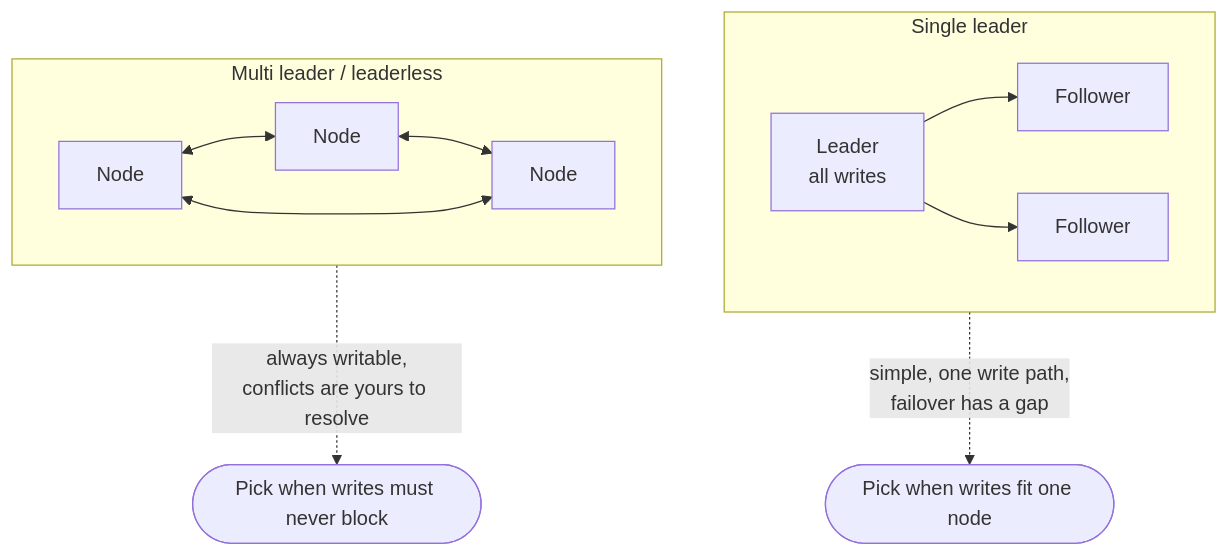
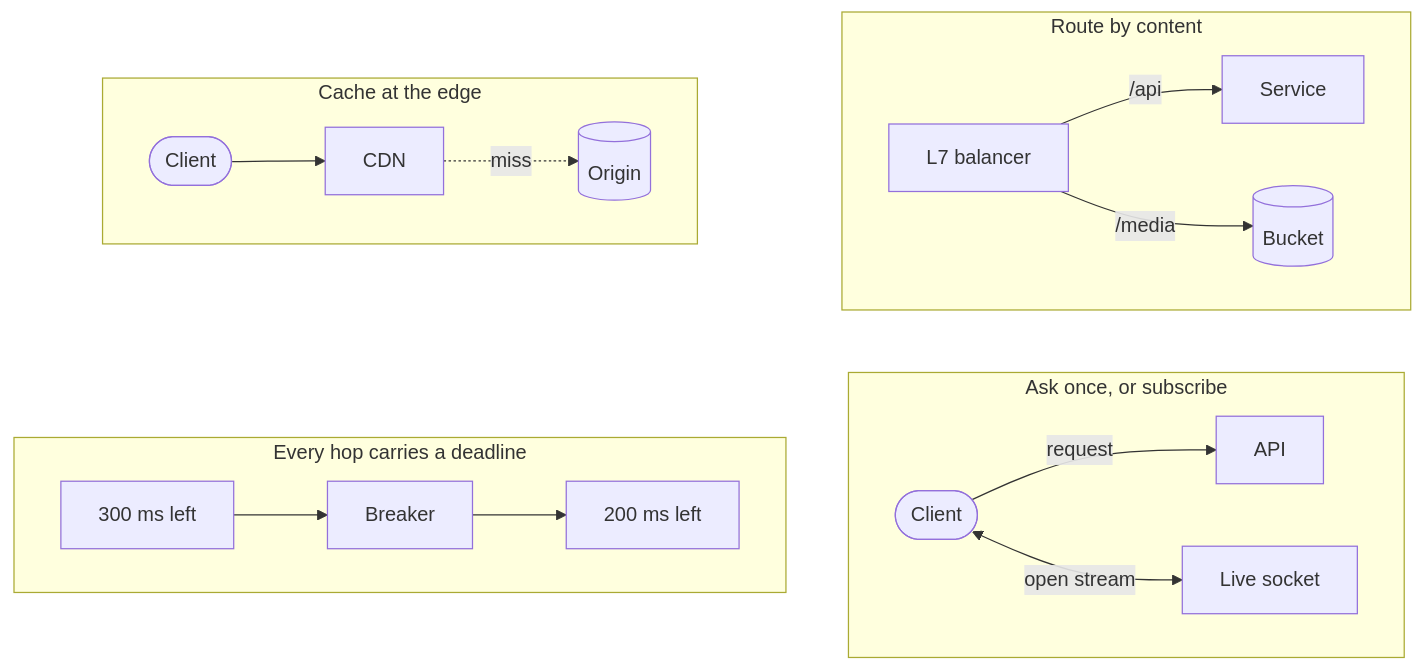
Before and after one commit to Laticent/lattice: the ninth of 19 diagrams in examples/system-design-foundations.md, drawn with Mermaid. The commit also changed other lines of this file and 2 other files, not shown here.

````diff
--- a/examples/system-design-foundations.md
+++ b/examples/system-design-foundations.md
@@ -1147,16 +1267,23 @@
 ```mermaid
 flowchart TB
-  subgraph sl["Single leader"]
+  subgraph b["Route by content"]
     direction LR
-    L1["Leader<br/>all writes"] --> F1["Follower"]
-    L1 --> F2["Follower"]
+    B1["L7 balancer"] -->|"/api"| B2["Service"]
+    B1 -->|"/media"| B3[("Bucket")]
   end
-  subgraph ml["Multi leader / leaderless"]
+  subgraph a["Cache at the edge"]
     direction LR
-    M1["Node"] <--> M2["Node"]
-    M2 <--> M3["Node"]
-    M1 <--> M3
+    A1(["Client"]) --> A2["CDN"] -.->|"miss"| A3[("Origin")]
   end
-  sl -.->|"simple, one write path,<br/>failover has a gap"| OUT1(["Pick when writes fit one node"])
-  ml -.->|"always writable,<br/>conflicts are yours to resolve"| OUT2(["Pick when writes must never block"])
+  subgraph d["Ask once, or subscribe"]
+    direction LR
+    D1(["Client"]) -->|"request"| D2["API"]
+    D1 <-->|"open stream"| D3["Live socket"]
+  end
+  subgraph c["Every hop carries a deadline"]
+    direction LR
+    C1["300 ms left"] --> C2["Breaker"] --> C3["200 ms left"]
+  end
+  a ~~~ c
+  b ~~~ d
 ```
````
